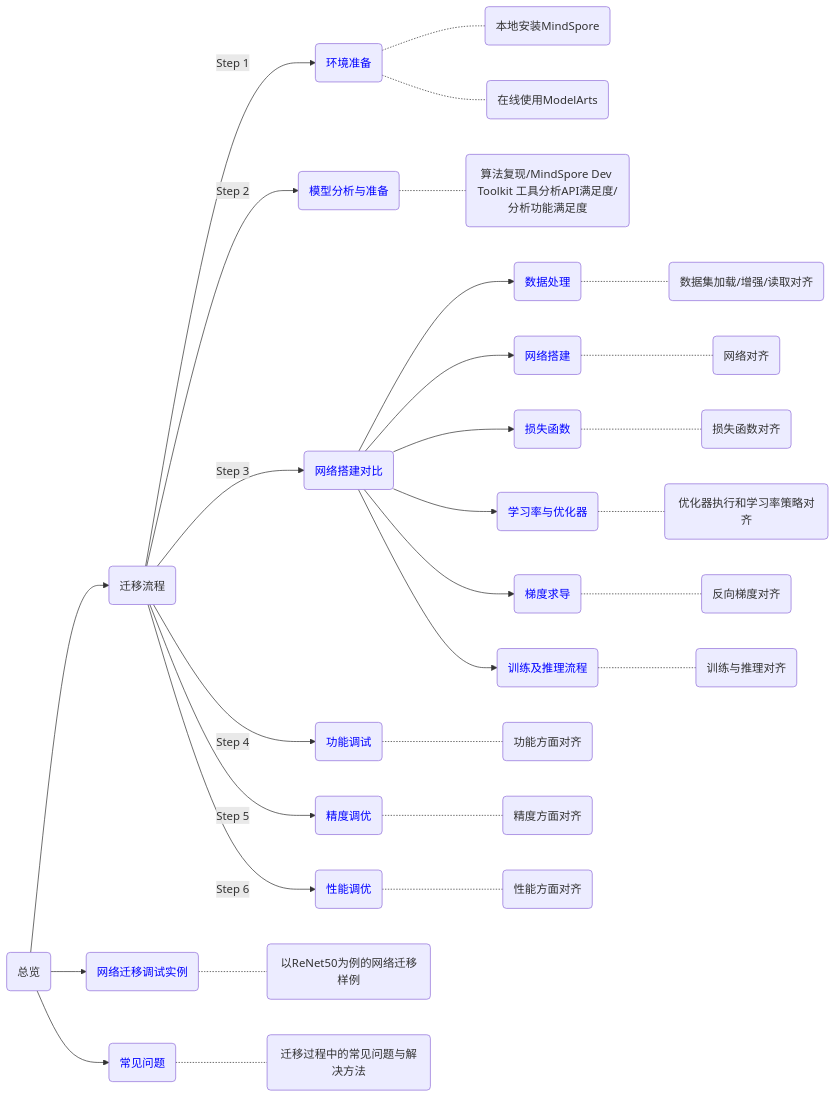
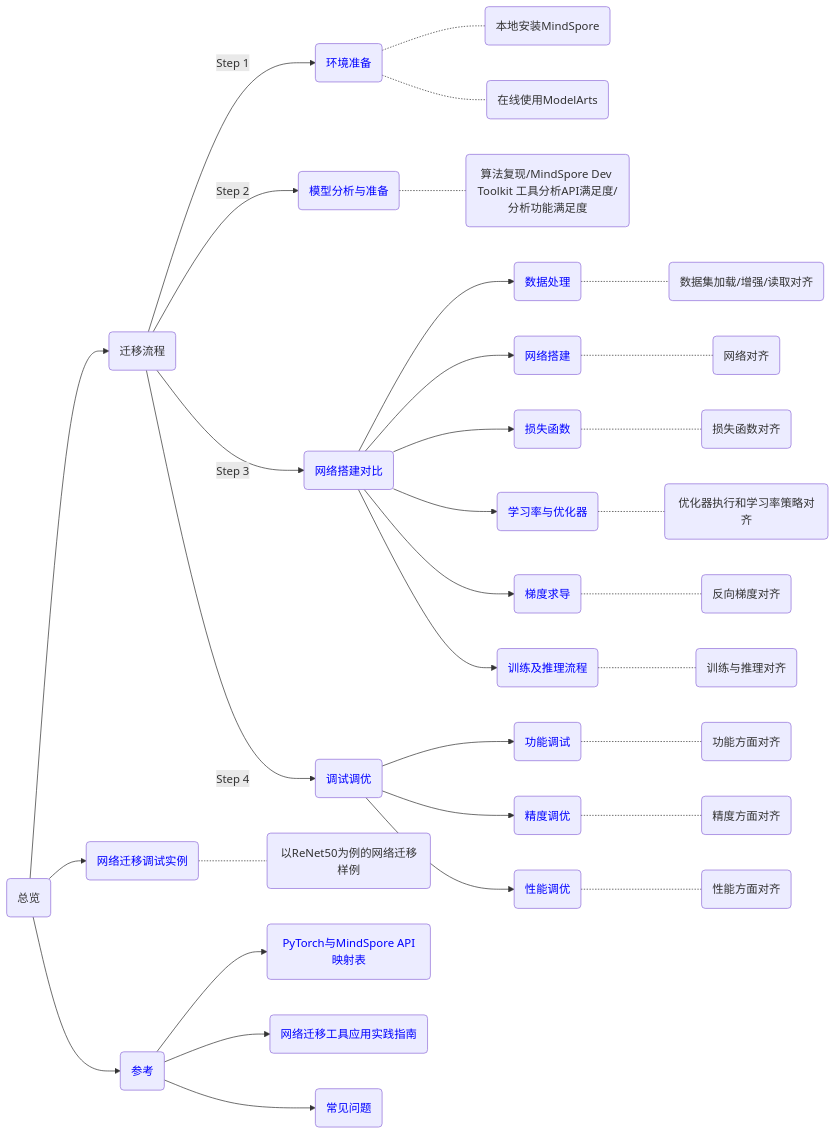
Before and after one commit to mindspore-ai/docs: the diagram in docs/mindspore/source_zh_cn/migration_guide/overview.md, drawn with Mermaid. The commit also changed 20 other files, not shown here.

Commit message:
modify err format and mermaid

````diff
--- a/docs/mindspore/source_zh_cn/migration_guide/overview.md
+++ b/docs/mindspore/source_zh_cn/migration_guide/overview.md
@@ -7,49 +7,58 @@
 ```{mermaid}
-graph LR
+flowchart LR
 A(总览)-->B(迁移流程)
 B-->|Step 1|E(<font color=blue>环境准备</font>)
 E-.-text1(本地安装MindSpore)
 E-.-text2(在线使用ModelArts)
 B-->|Step 2|F(<font color=blue>模型分析与准备</font>)
 F-.-text3(算法复现/MindSpore Dev Toolkit 工具分析API满足度/分析功能满足度)
 B-->|Step 3|G(<font color=blue>网络搭建对比</font>)
-G-->K(<font color=blue>数据处理</font>)
-K-.-text4(数据集加载/增强/读取对齐)
-G-->L(<font color=blue>网络搭建</font>)
-L-.-text5(网络对齐)
-G-->P(<font color=blue>损失函数</font>)
-P-.-text6(损失函数对齐)
-G-->M(<font color=blue>学习率与优化器</font>)
-M-.-text7(优化器执行和学习率策略对齐)
-G-->N(<font color=blue>梯度求导</font>)
-N-.-text8(反向梯度对齐)
-G-->O(<font color=blue>训练及推理流程</font>)
-O-.-text9(训练与推理对齐)
-B-->|Step 4|H(<font color=blue>功能调试</font>)
-H-.-text10(功能方面对齐)
-B-->|Step 5|I(<font color=blue>精度调优</font>)
-I-.-text11(精度方面对齐)
-B-->|Step 6|J(<font color=blue>性能调优</font>)
-J-.-text12(性能方面对齐)
+G-->I(<font color=blue>数据处理</font>)
+I-.-text4(数据集加载/增强/读取对齐)
+G-->J(<font color=blue>网络搭建</font>)
+J-.-text5(网络对齐)
+G-->K(<font color=blue>损失函数</font>)
+K-.-text6(损失函数对齐)
+G-->L(<font color=blue>学习率与优化器</font>)
+L-.-text7(优化器执行和学习率策略对齐)
+G-->M(<font color=blue>梯度求导</font>)
+M-.-text8(反向梯度对齐)
+G-->N(<font color=blue>训练及推理流程</font>)
+N-.-text9(训练与推理对齐)
+B-->|Step 4|H(<font color=blue>调试调优</font>)
+H-->O(<font color=blue>功能调试</font>)
+O-.-text10(功能方面对齐)
+H-->P(<font color=blue>精度调优</font>)
+P-.-text11(精度方面对齐)
+H-->Q(<font color=blue>性能调优</font>)
+Q-.-text12(性能方面对齐)
 A-->C(<font color=blue>网络迁移调试实例</font>)
 C-.-text13(以ReNet50为例的网络迁移样例)
-A-->D(<font color=blue>常见问题</font>)
-D-.-text14(迁移过程中的常见问题与解决方法)
+A-->D(<font color=blue>参考</font>)
+D-->R(<font color=blue>PyTorch与MindSpore API映射表</font>)
+D-->S(<font color=blue>网络迁移工具应用实践指南</font>)
+D-->T(<font color=blue>常见问题</font>)
 
 click C "https://www.mindspore.cn/docs/zh-CN/r2.4.1/migration_guide/sample_code.html"
-click D "https://www.mindspore.cn/docs/zh-CN/r2.4.1/migration_guide/faq.html"
+click D "https://www.mindspore.cn/docs/zh-CN/r2.4.1/migration_guide/reference.html"
 
 click E "https://www.mindspore.cn/docs/zh-CN/r2.4.1/migration_guide/enveriment_preparation.html"
 click F "https://www.mindspore.cn/docs/zh-CN/r2.4.1/migration_guide/analysis_and_preparation.html"
 click G "https://www.mindspore.cn/docs/zh-CN/r2.4.1/migration_guide/model_development/model_development.html"
-click H "https://www.mindspore.cn/docs/zh-CN/r2.4.1/migration_guide/debug_and_tune.html#功能调试"
-click I "https://www.mindspore.cn/docs/zh-CN/r2.4.1/migration_guide/debug_and_tune.html#精度调优"
-click J "https://www.mindspore.cn/docs/zh-CN/r2.4.1/migration_guide/debug_and_tune.html#性能调优"
+click H "https://www.mindspore.cn/docs/zh-CN/r2.4.1/migration_guide/debug_and_tune.html#调试调优"
 
-click K "https://www.mindspore.cn/docs/zh-CN/r2.4.1/migration_guide/model_development/dataset.html"
-click L "https://www.mindspore.cn/docs/zh-CN/r2.4.1/migration_guide/model_development/model_and_cell.html"
-click M "https://www.mindspore.cn/docs/zh-CN/r2.4.1/migration_guide/model_development/learning_rate_and_optimizer.html"
-click N "https://www.mindspore.cn/docs/zh-CN/r2.4.1/migration_guide/model_development/gradient.html"
-click O "https://www.mindspore.cn/docs/zh-CN/r2.4.1/migration_guide/model_development/training_and_evaluation.html"
-click P "https://www.mindspore.cn/docs/zh-CN/r2.4.1/migration_guide/model_development/loss_function.html"
+click I "https://www.mindspore.cn/docs/zh-CN/r2.4.1/migration_guide/model_development/dataset.html"
+click J "https://www.mindspore.cn/docs/zh-CN/r2.4.1/migration_guide/model_development/model_and_cell.html"
+click K "https://www.mindspore.cn/docs/zh-CN/r2.4.1/migration_guide/model_development/loss_function.html"
+click L "https://www.mindspore.cn/docs/zh-CN/r2.4.1/migration_guide/model_development/learning_rate_and_optimizer.html"
+click M "https://www.mindspore.cn/docs/zh-CN/r2.4.1/migration_guide/model_development/gradient.html"
+click N "https://www.mindspore.cn/docs/zh-CN/r2.4.1/migration_guide/model_development/training_and_evaluation.html"
+
+click O "https://www.mindspore.cn/docs/zh-CN/r2.4.1/migration_guide/debug_and_tune.html#功能调试"
+click P "https://www.mindspore.cn/docs/zh-CN/r2.4.1/migration_guide/debug_and_tune.html#精度调优"
+click Q "https://www.mindspore.cn/docs/zh-CN/r2.4.1/migration_guide/debug_and_tune.html#性能调优"
+
+click R "https://www.mindspore.cn/docs/zh-CN/r2.4.1/note/api_mapping/pytorch_api_mapping.html"
+click S "https://www.mindspore.cn/docs/zh-CN/r2.4.1/migration_guide/migrator_with_tools.html"
+click T "https://www.mindspore.cn/docs/zh-CN/r2.4.1/migration_guide/faq.html"
 ```
````
